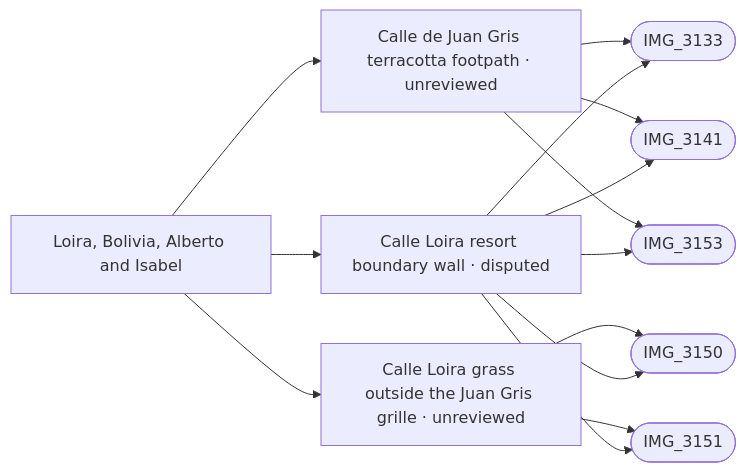
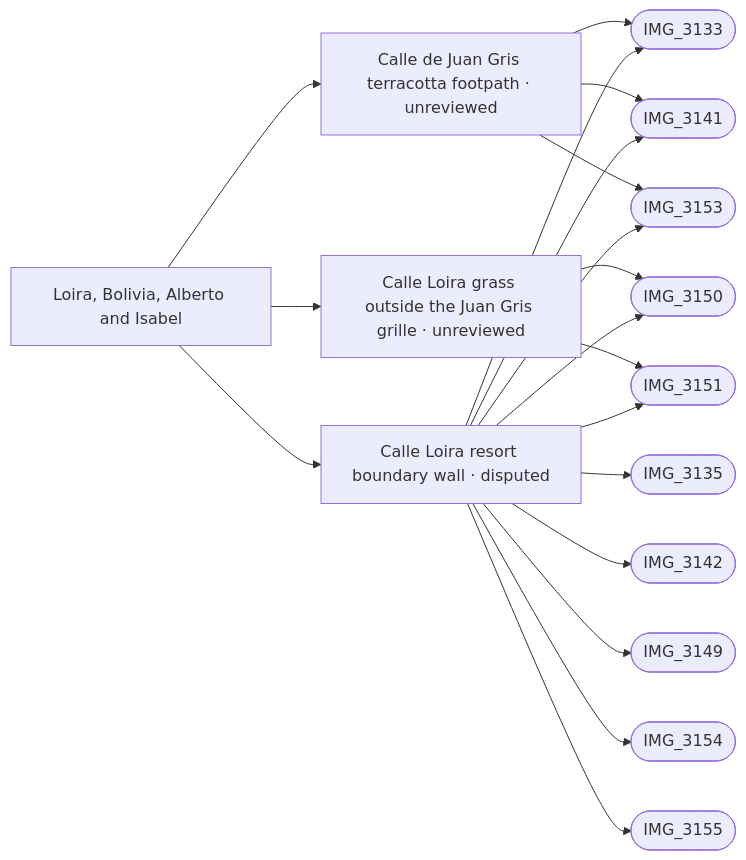
The diagram in refs/areas/north-lanes.md (daveyboyc/villacana-venture), drawn with Mermaid before and after one commit. The commit also changed other lines of this file and 23 other files, not shown here.

````diff
--- a/refs/areas/north-lanes.md
+++ b/refs/areas/north-lanes.md
@@ -37,17 +37,22 @@
 ```mermaid
 graph LR
   A["Loira, Bolivia, Alberto and Isabel"]
   A --> F0["Calle de Juan Gris terracotta footpath · unreviewed"]
   F0 --> PIMG_3133_jpg(["IMG_3133"])
   F0 --> PIMG_3141_jpg(["IMG_3141"])
   F0 --> PIMG_3153_jpg(["IMG_3153"])
   A --> F1["Calle Loira grass outside the Juan Gris grille · unreviewed"]
   F1 --> PIMG_3150_jpg(["IMG_3150"])
   F1 --> PIMG_3151_jpg(["IMG_3151"])
   A --> F2["Calle Loira resort boundary wall · disputed"]
   F2 --> PIMG_3133_jpg(["IMG_3133"])
+  F2 --> PIMG_3135_jpg(["IMG_3135"])
   F2 --> PIMG_3141_jpg(["IMG_3141"])
+  F2 --> PIMG_3142_jpg(["IMG_3142"])
+  F2 --> PIMG_3149_jpg(["IMG_3149"])
   F2 --> PIMG_3150_jpg(["IMG_3150"])
   F2 --> PIMG_3151_jpg(["IMG_3151"])
   F2 --> PIMG_3153_jpg(["IMG_3153"])
+  F2 --> PIMG_3154_jpg(["IMG_3154"])
+  F2 --> PIMG_3155_jpg(["IMG_3155"])
 ```
````
